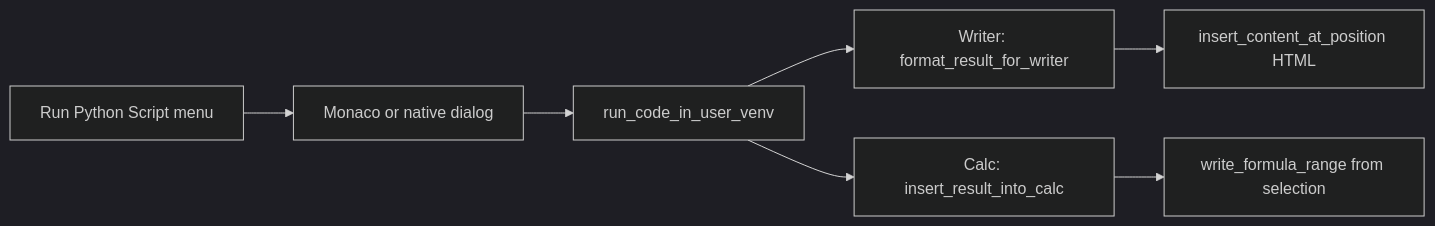
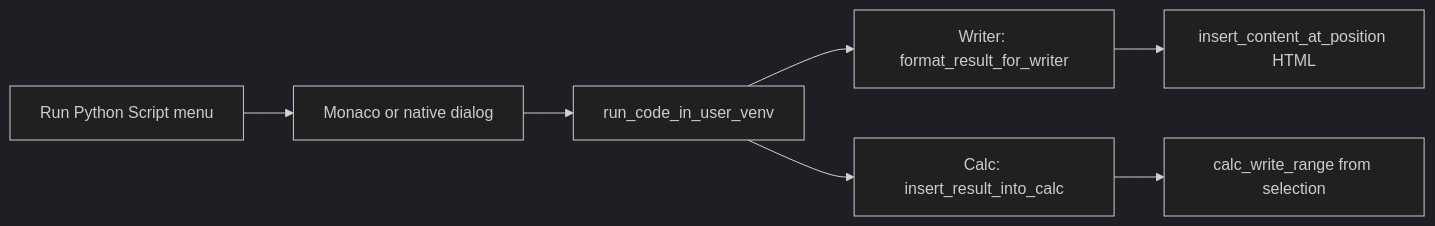
Before and after one commit to KeithCu/writeragent: the fourth of 9 diagrams in docs/scripting/librepy-split.md, drawn with Mermaid (dark theme). The commit also changed other lines of this file and 340 other files, not shown here.

````diff
--- a/docs/scripting/librepy-split.md
+++ b/docs/scripting/librepy-split.md
@@ -330,13 +330,13 @@
 ```mermaid
 flowchart LR
   menu[Run Python Script menu]
   dlg[Monaco or native dialog]
   venv[run_code_in_user_venv]
   w[Writer: format_result_for_writer]
   insW[insert_content_at_position HTML]
   c[Calc: insert_result_into_calc]
-  insC[write_formula_range from selection]
+  insC[calc_write_range from selection]
   menu --> dlg --> venv
   venv --> w --> insW
   venv --> c --> insC
 ```
````
